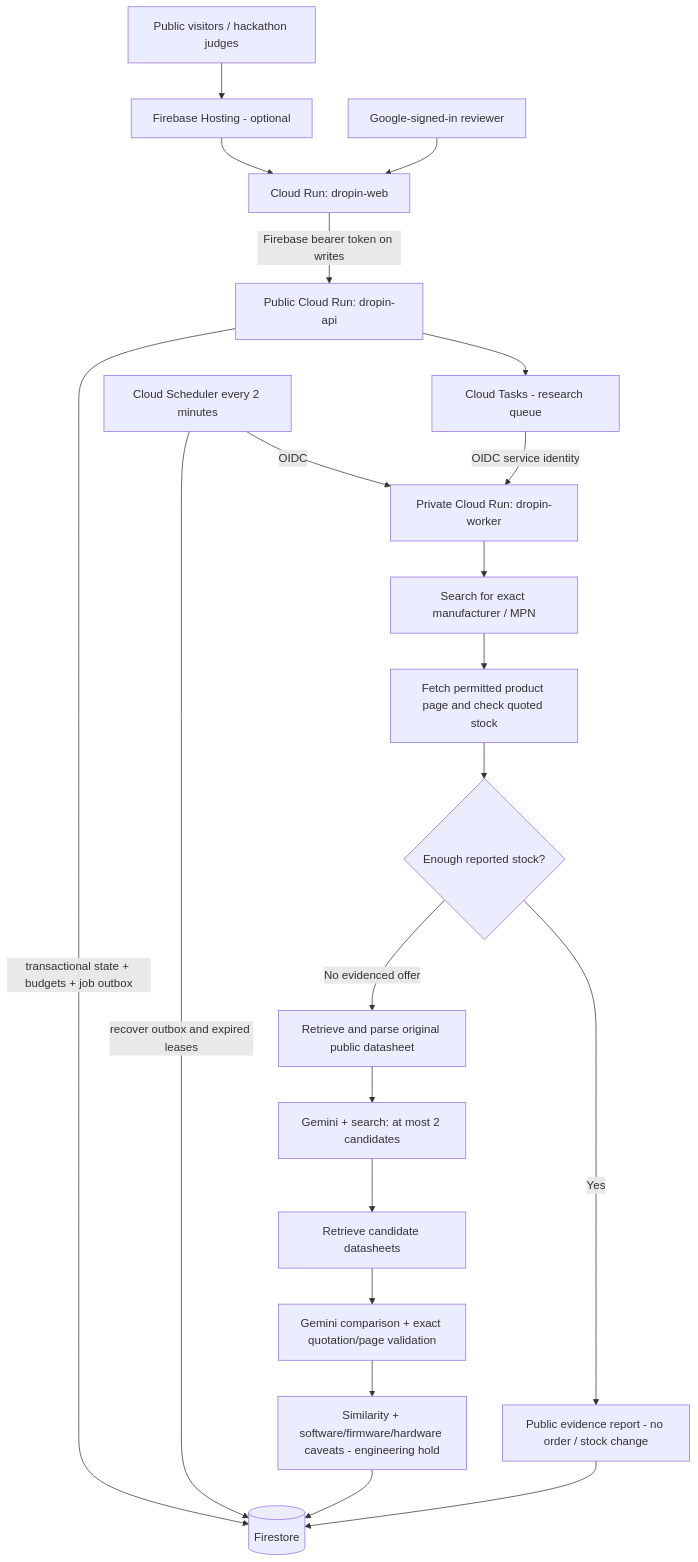
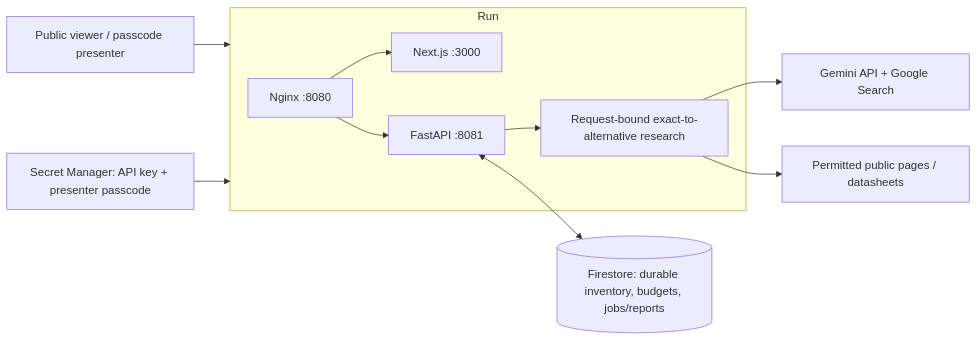
The diagram in DEPLOYMENT.md (AdbhuthaReddy/dropin-ai), drawn with Mermaid before and after one commit. The commit also changed other lines of this file and 48 other files, not shown here.

````diff
--- a/DEPLOYMENT.md
+++ b/DEPLOYMENT.md
@@ -7,23 +79,13 @@
 ```mermaid
-flowchart TB
-  Visitor[Public visitors / hackathon judges] --> Hosting[Firebase Hosting - optional]
-  Hosting --> Web[Cloud Run: dropin-web]
-  Reviewer[Google-signed-in reviewer] --> Web
-  Web -->|Firebase bearer token on writes| API[Public Cloud Run: dropin-api]
-  API -->|transactional state + budgets + job outbox| DB[(Firestore)]
-  API --> Tasks[Cloud Tasks - research queue]
-  Scheduler[Cloud Scheduler every 2 minutes] -->|OIDC| Worker[Private Cloud Run: dropin-worker]
-  Scheduler -->|recover outbox and expired leases| DB
-  Tasks -->|OIDC service identity| Worker
-  Worker --> Exact[Search for exact manufacturer / MPN]
-  Exact --> Fetch[Fetch permitted product page and check quoted stock]
-  Fetch --> Enough{Enough reported stock?}
-  Enough -->|Yes| Result[Public evidence report - no order / stock change]
-  Enough -->|No evidenced offer| Original[Retrieve and parse original public datasheet]
-  Original --> Alternative[Gemini + search: at most 2 candidates]
-  Alternative --> Candidate[Retrieve candidate datasheets]
-  Candidate --> Compare[Gemini comparison + exact quotation/page validation]
-  Compare --> Review[Similarity + software/firmware/hardware caveats - engineering hold]
-  Review --> DB
-  Result --> DB
+flowchart LR
+  Browser[Public viewer / passcode presenter] --> Run[One Cloud Run service]
+  subgraph Run
+    Proxy[Nginx :8080] --> Web[Next.js :3000]
+    Proxy --> API[FastAPI :8081]
+    API --> Flow[Request-bound exact-to-alternative research]
+  end
+  API <--> DB[(Firestore: durable inventory, budgets, jobs/reports)]
+  Flow --> Gemini[Gemini API + Google Search]
+  Flow --> Sources[Permitted public pages / datasheets]
+  Secrets[Secret Manager: API key + presenter passcode] --> Run
 ```
````
